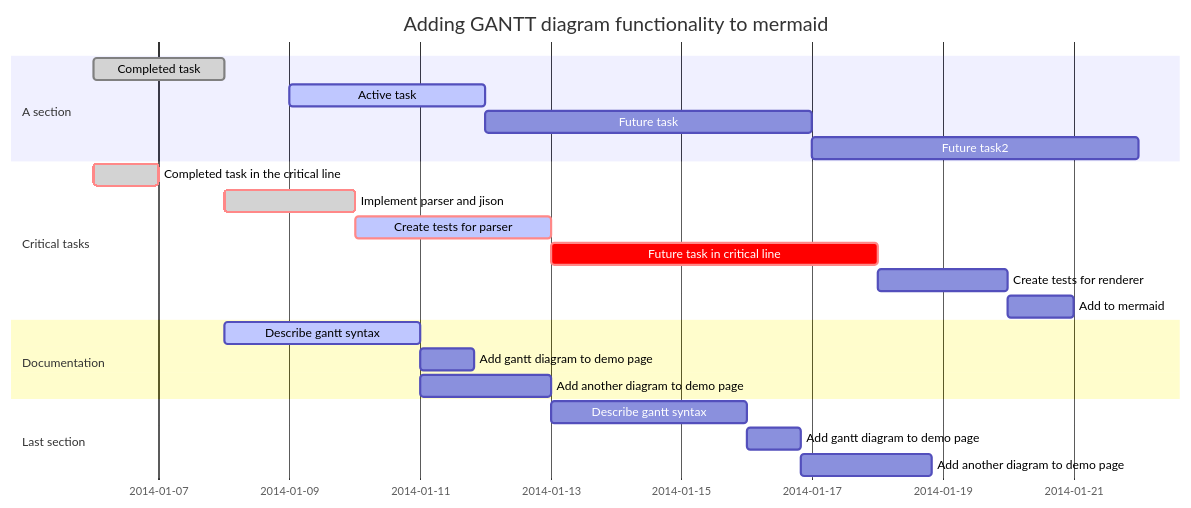
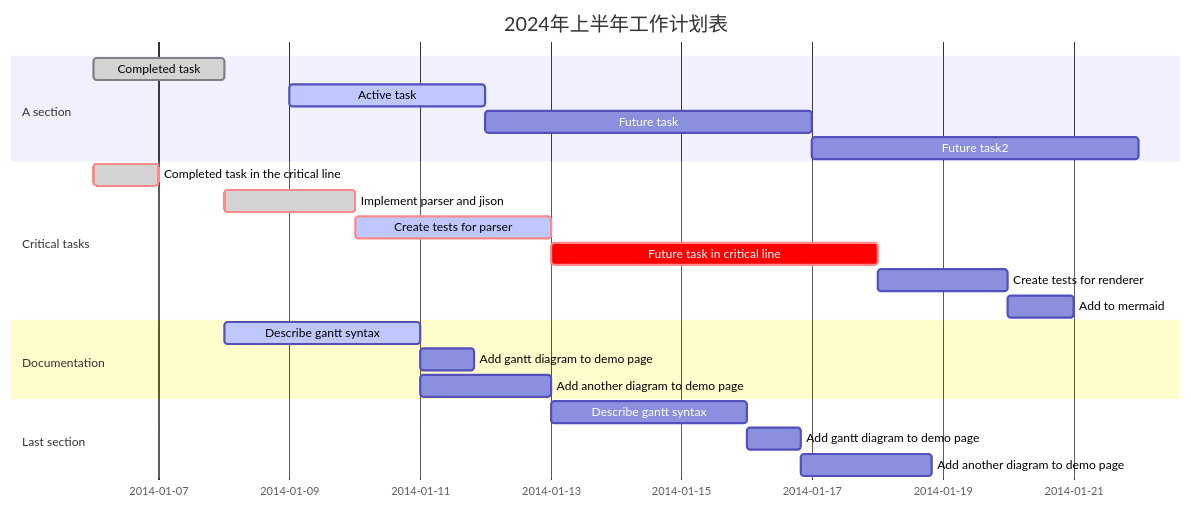
The diagram in blog/category1/gantt-copy.md (qiao-ze/qiao-ze.github.io), drawn with Mermaid before and after one commit. The commit also changed other lines of this file, not shown here.

````diff
--- a/blog/category1/gantt-copy.md
+++ b/blog/category1/gantt-copy.md
@@ -26,28 +17,28 @@
 ```mermaid
  gantt
      dateFormat  YYYY-MM-DD
-     title Adding GANTT diagram functionality to mermaid
+     title 2024年上半年工作计划表
      section A section
      Completed task             :done,    des1, 2014-01-06,2014-01-08
      Active task                :active,  des2, 2014-01-09, 3d
      Future task                :         des3, after des2, 5d
      Future task2               :         des4, after des3, 5d
  
      section Critical tasks
      Completed task in the critical line :crit, done, 2014-01-06,24h
      Implement parser and jison          :crit, done, after des1, 2d
      Create tests for parser             :crit, active, 3d
      Future task in critical line        :crit, 5d
      Create tests for renderer           :2d
      Add to mermaid                      :1d
  
      section Documentation
      Describe gantt syntax               :active, a1, after des1, 3d
      Add gantt diagram to demo page      :after a1  , 20h
      Add another diagram to demo page    :doc1, after a1  , 48h
  
      section Last section
      Describe gantt syntax               :after doc1, 3d
      Add gantt diagram to demo page      : 20h
      Add another diagram to demo page    : 48h
 ```
````
